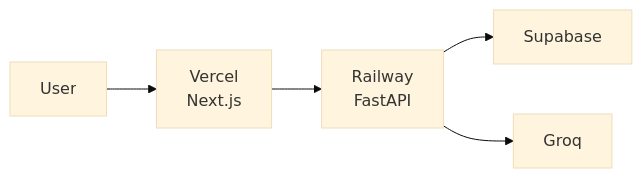
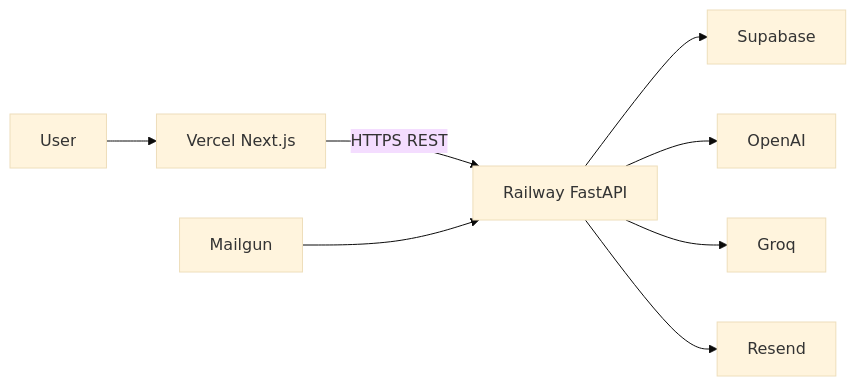
Before and after one commit to DeadPixel27/agentflow: the seventh of 7 diagrams in ARCHITECTURE.md, drawn with Mermaid (base theme). The commit also changed other lines of this file, not shown here.

First line of the commit message:
Expand ARCHITECTURE.md into an interview-ready system study guide.

````diff
--- a/ARCHITECTURE.md
+++ b/ARCHITECTURE.md
@@ -264,7 +765,10 @@
 ```mermaid
 flowchart LR
-  User --> Vercel["Vercel\nNext.js"]
-  Vercel --> Railway["Railway\nFastAPI"]
+  User --> Vercel["Vercel Next.js"]
+  Vercel -->|"HTTPS REST"| Railway["Railway FastAPI"]
   Railway --> Supabase
+  Railway --> OpenAI
   Railway --> Groq
+  Railway --> Resend
+  Mailgun --> Railway
 ```
````
